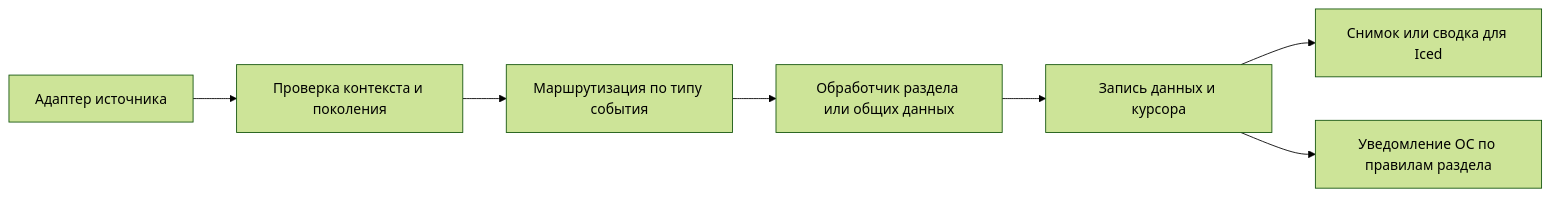
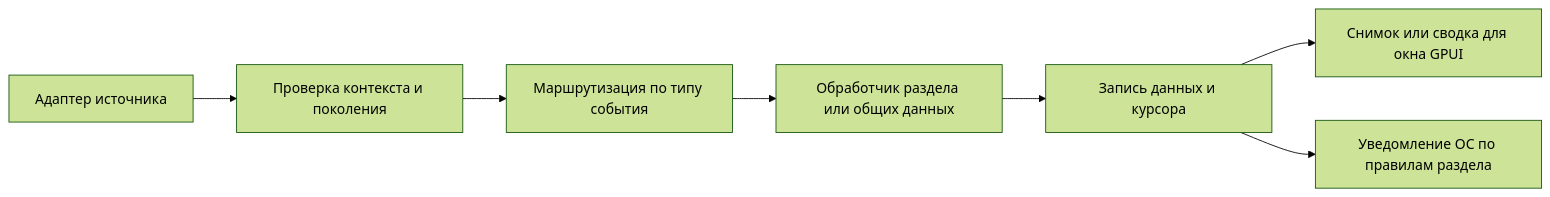
The diagram in docs/plans/workspace-desktop-architecture.md (exordos/workspace-desktop), drawn with Mermaid (forest theme) before and after one commit. The commit also changed other lines of this file and 69 other files, not shown here.

````diff
--- a/docs/plans/workspace-desktop-architecture.md
+++ b/docs/plans/workspace-desktop-architecture.md
@@ -55,9 +55,9 @@
 ```mermaid
 flowchart LR
     Source[Адаптер источника] --> Context[Проверка контекста и поколения]
     Context --> Route[Маршрутизация по типу события]
     Route --> Owner[Обработчик раздела или общих данных]
     Owner --> Commit[Запись данных и курсора]
-    Commit --> Snapshot[Снимок или сводка для Iced]
+    Commit --> Snapshot[Снимок или сводка для окна GPUI]
     Commit --> Notify[Уведомление ОС по правилам раздела]
 ```
````
